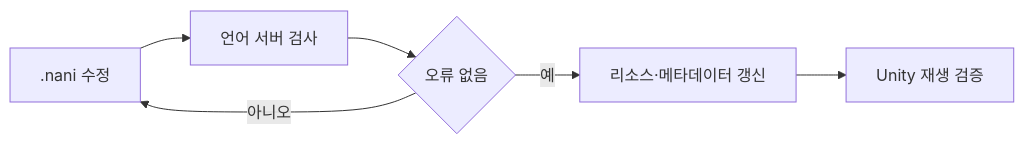
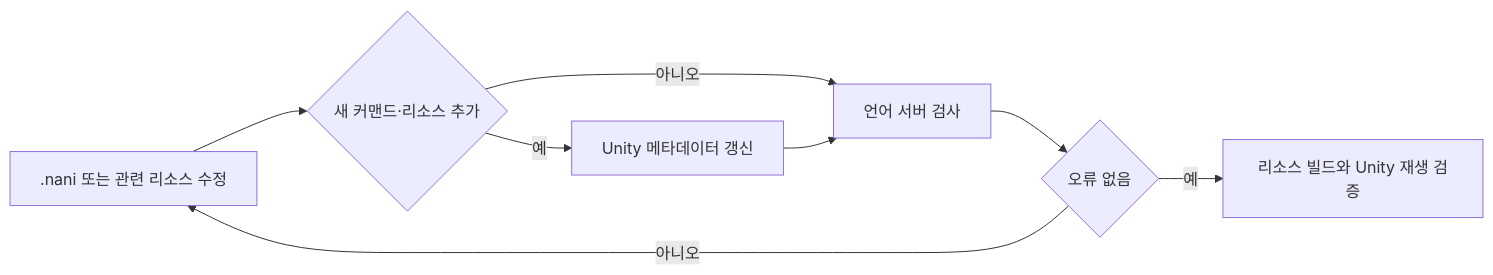
The fourth of 4 diagrams in VisualNovelDev/README.md (chaaaron000/game-project-code-archive), drawn with Mermaid before and after one commit. The commit also changed other lines of this file, not shown here.

Commit message:
비주얼 노벨 검증 절차 순서 보정

````diff
--- a/VisualNovelDev/README.md
+++ b/VisualNovelDev/README.md
@@ -58,8 +58,10 @@
 ```mermaid
 flowchart LR
-    A[.nani 수정] --> B[언어 서버 검사]
-    B --> C{오류 없음}
-    C -->|아니오| A
-    C -->|예| D[리소스·메타데이터 갱신]
-    D --> E[Unity 재생 검증]
+    A[.nani 또는 관련 리소스 수정] --> B{새 커맨드·리소스 추가}
+    B -->|예| C[Unity 메타데이터 갱신]
+    B -->|아니오| D[언어 서버 검사]
+    C --> D
+    D --> E{오류 없음}
+    E -->|아니오| A
+    E -->|예| F[리소스 빌드와 Unity 재생 검증]
 ```
````
